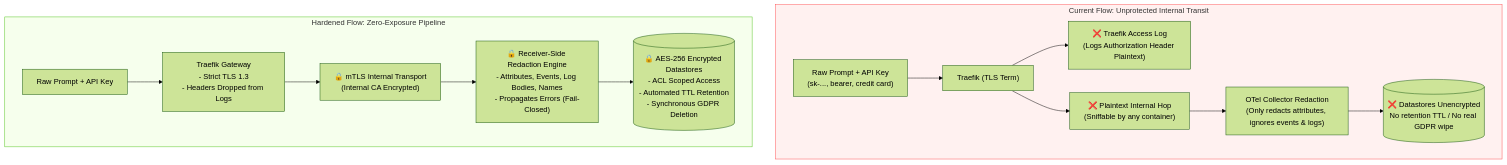
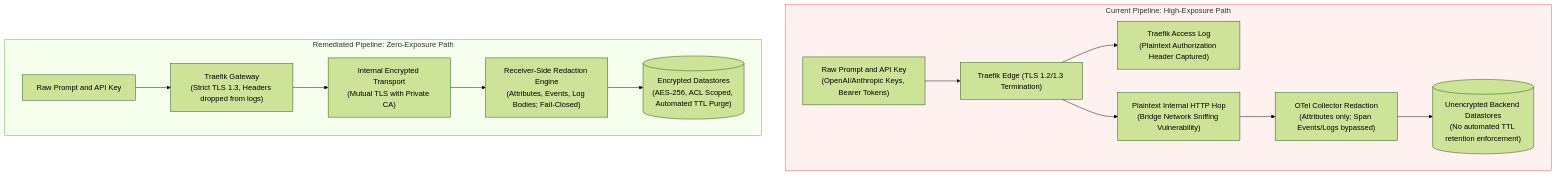
The third of 7 diagrams in packages/configs/llm-obs-infra/adr/0007-critical-security-remediation-mandate.md (Chief-Strategist-J/llm-observability-platform), drawn with Mermaid (forest theme) before and after one commit. The commit also changed other lines of this file, not shown here.

Commit message:
docs(adr): sanitize mermaid diagrams to formal Red Team nomenclature without emojis

````diff
--- a/packages/configs/llm-obs-infra/adr/0007-critical-security-remediation-mandate.md
+++ b/packages/configs/llm-obs-infra/adr/0007-critical-security-remediation-mandate.md
@@ -128,35 +128,35 @@
 ```mermaid
 flowchart TB
-    subgraph Current_Flawed["Current Flow: Unprotected Internal Transit"]
-        InRaw["Raw Prompt + API Key<br/>(sk-..., bearer, credit card)"]
-        EdgeTls["Traefik (TLS Term)"]
-        AccessLog["❌ Traefik Access Log<br/>(Logs Authorization Header Plaintext)"]
-        PlainHop["❌ Plaintext Internal Hop<br/>(Sniffable by any container)"]
-        LateRedact["OTel Collector Redaction<br/>(Only redacts attributes, ignores events & logs)"]
-        PlainStore[("❌ Datastores Unencrypted<br/>No retention TTL / No real GDPR wipe")]
+    subgraph Current_Flawed["Current Pipeline: High-Exposure Path"]
+        InRaw["Raw Prompt and API Key<br/>(OpenAI/Anthropic Keys, Bearer Tokens)"]
+        EdgeTls["Traefik Edge (TLS 1.2/1.3 Termination)"]
+        AccessLog["Traefik Access Log<br/>(Plaintext Authorization Header Captured)"]
+        PlainHop["Plaintext Internal HTTP Hop<br/>(Bridge Network Sniffing Vulnerability)"]
+        LateRedact["OTel Collector Redaction<br/>(Attributes only; Span Events/Logs bypassed)"]
+        PlainStore[("Unencrypted Backend Datastores<br/>(No automated TTL retention enforcement)")]
 
         InRaw --> EdgeTls
         EdgeTls --> AccessLog
         EdgeTls --> PlainHop
         PlainHop --> LateRedact
         LateRedact --> PlainStore
     end
 
-    subgraph Hardened_Target["Hardened Flow: Zero-Exposure Pipeline"]
-        SecInRaw["Raw Prompt + API Key"]
-        SecEdge["Traefik Gateway<br/>- Strict TLS 1.3<br/>- Headers Dropped from Logs"]
-        SecHop["🔒 mTLS Internal Transport<br/>(Internal CA Encrypted)"]
-        SecRedact["🔒 Receiver-Side Redaction Engine<br/>- Attributes, Events, Log Bodies, Names<br/>- Propagates Errors (Fail-Closed)"]
-        SecStore[("🔒 AES-256 Encrypted Datastores<br/>- ACL Scoped Access<br/>- Automated TTL Retention<br/>- Synchronous GDPR Deletion")]
+    subgraph Hardened_Target["Remediated Pipeline: Zero-Exposure Path"]
+        SecInRaw["Raw Prompt and API Key"]
+        SecEdge["Traefik Gateway<br/>(Strict TLS 1.3, Headers dropped from logs)"]
+        SecHop["Internal Encrypted Transport<br/>(Mutual TLS with Private CA)"]
+        SecRedact["Receiver-Side Redaction Engine<br/>(Attributes, Events, Log Bodies; Fail-Closed)"]
+        SecStore[("Encrypted Datastores<br/>(AES-256, ACL Scoped, Automated TTL Purge)")]
 
         SecInRaw --> SecEdge
         SecEdge --> SecHop
         SecHop --> SecRedact
         SecRedact --> SecStore
     end
 
     classDef redBox fill:#fff1f0,stroke:#ff4d4f,stroke-width:1px;
     classDef greenBox fill:#f6ffed,stroke:#52c41a,stroke-width:1px;
     class Current_Flawed redBox;
     class Hardened_Target greenBox;
 ```
````
